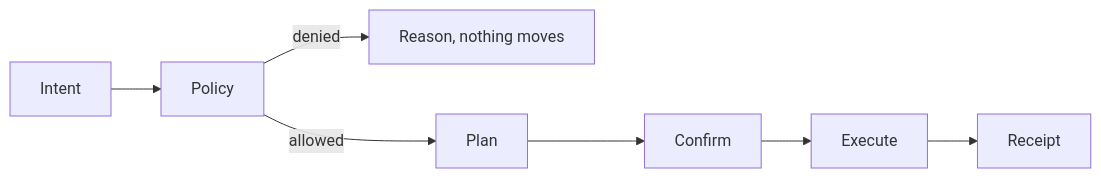
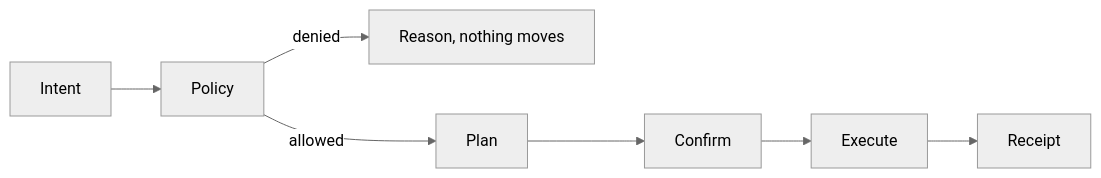
Before and after one commit to rudazy/flizy: the first of 5 diagrams in README.md, drawn with Mermaid. The commit also changed other lines of this file, not shown here.

````diff
--- a/README.md
+++ b/README.md
@@ -85,9 +129,10 @@
 ```mermaid
+%%{init: {'theme': 'neutral'}}%%
 flowchart LR
   A[Intent] --> B[Policy]
   B -->|denied| X[Reason, nothing moves]
   B -->|allowed| C[Plan]
   C --> D[Confirm]
   D --> E[Execute]
   E --> F[Receipt]
 ```
````
